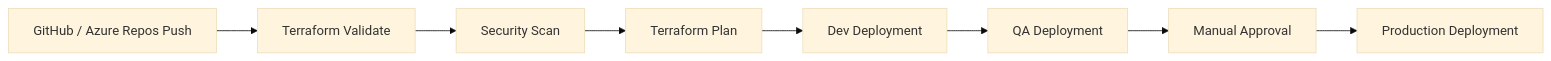
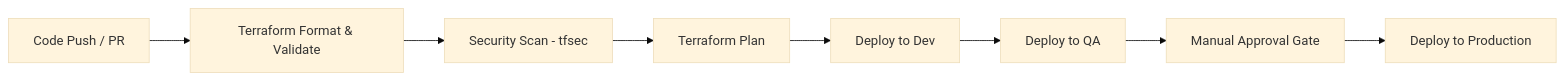
Before and after one commit to Pjaisw1103/Multi-Environment-Azure-3tier-Infrastructure: the diagram in README.md, drawn with Mermaid (base theme). The commit also changed other lines of this file, not shown here.

````diff
--- a/README.md
+++ b/README.md
@@ -81,18 +49,10 @@
 ```mermaid
 flowchart LR
-
-A[GitHub / Azure Repos Push]
---> B[Terraform Validate]
-
-B --> C[Security Scan]
-
-C --> D[Terraform Plan]
-
-D --> E[Dev Deployment]
-
-E --> F[QA Deployment]
-
-F --> G[Manual Approval]
-
-G --> H[Production Deployment]
+    A[Code Push / PR] --> B[Terraform Format & Validate]
+    B --> C[Security Scan - tfsec]
+    C --> D[Terraform Plan]
+    D --> E[Deploy to Dev]
+    E --> F[Deploy to QA]
+    F --> G[Manual Approval Gate]
+    G --> H[Deploy to Production]
 ```
````
